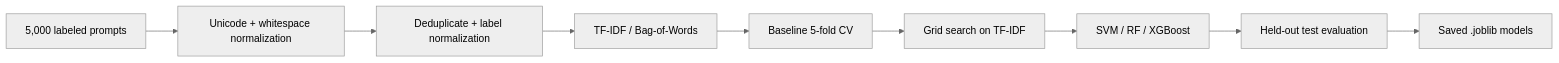
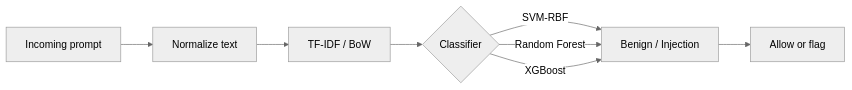
One commit to Rayan-and-beyond/PIShield changed the diagram in README.md. Above: the diagram before and after it, drawn with Mermaid (neutral theme). The commit also changed other lines of this file and 1 other file, not shown here.

````diff
--- a/README.md
+++ b/README.md
@@ -32,11 +38,10 @@
 ```mermaid
 flowchart LR
-    A["5,000 labeled prompts"] --> B["Unicode + whitespace normalization"]
-    B --> C["Deduplicate + label normalization"]
-    C --> D["TF-IDF / Bag-of-Words"]
-    D --> E["Baseline 5-fold CV"]
-    E --> F["Grid search on TF-IDF"]
-    F --> G["SVM / RF / XGBoost"]
-    G --> H["Held-out test evaluation"]
-    H --> I["Saved .joblib models"]
+    A["Incoming prompt"] --> B["Normalize text"]
+    B --> C["TF-IDF / BoW"]
+    C --> D{"Classifier"}
+    D -->|SVM-RBF| E["Benign / Injection"]
+    D -->|Random Forest| E
+    D -->|XGBoost| E
+    E --> F["Allow or flag"]
 ```
````
